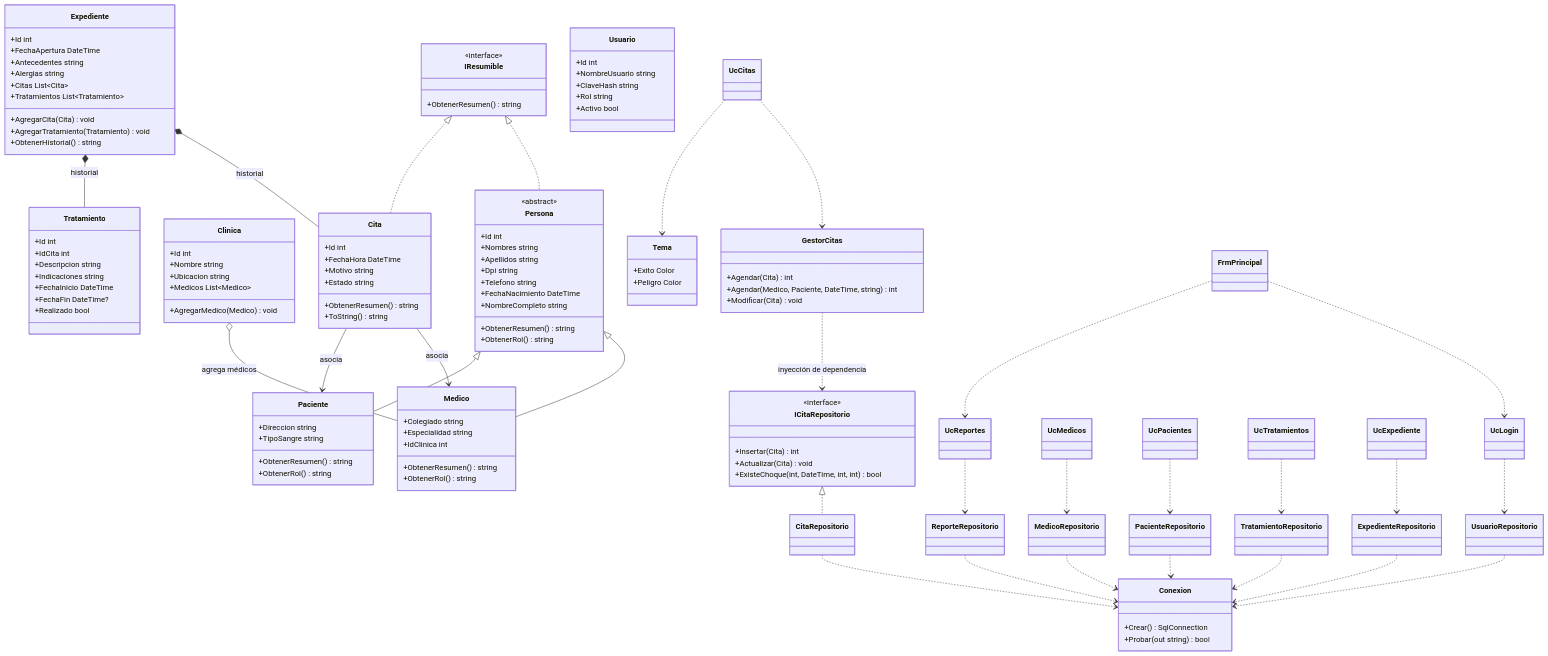
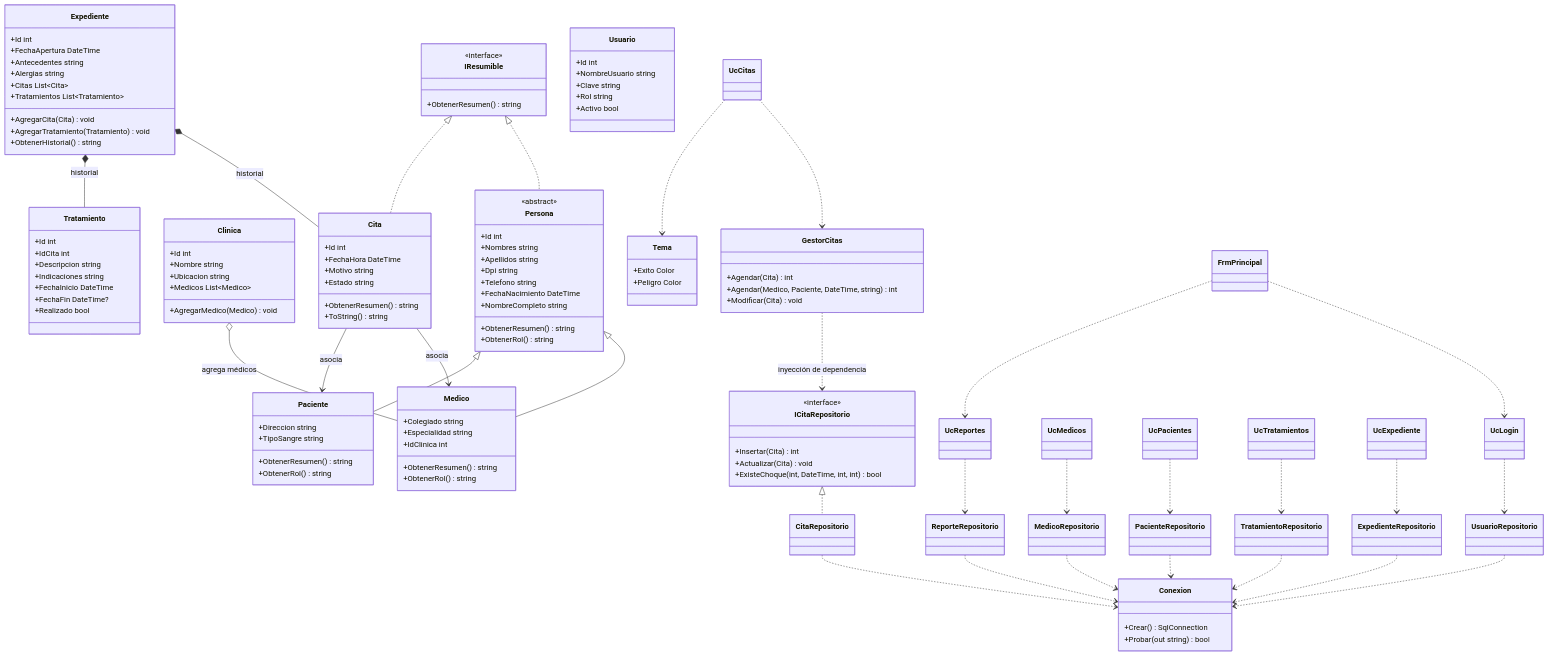
The first of 2 diagrams in Documentacion/InformeRequerimientosYDiagramas.md (AlejandrouUmgGt/GestionClinicaSolution), drawn with Mermaid before and after one commit. The commit also changed other lines of this file, not shown here.

Commit message:
Quitar referencias al hash en Documentacion/InformeRequerimientosYDiagramas.md

```diff
--- a/Documentacion/InformeRequerimientosYDiagramas.md
+++ b/Documentacion/InformeRequerimientosYDiagramas.md
@@ -111,7 +111,7 @@
     class Usuario {
         +Id int
         +NombreUsuario string
-        +ClaveHash string
+        +Clave string
         +Rol string
         +Activo bool
     }
```
